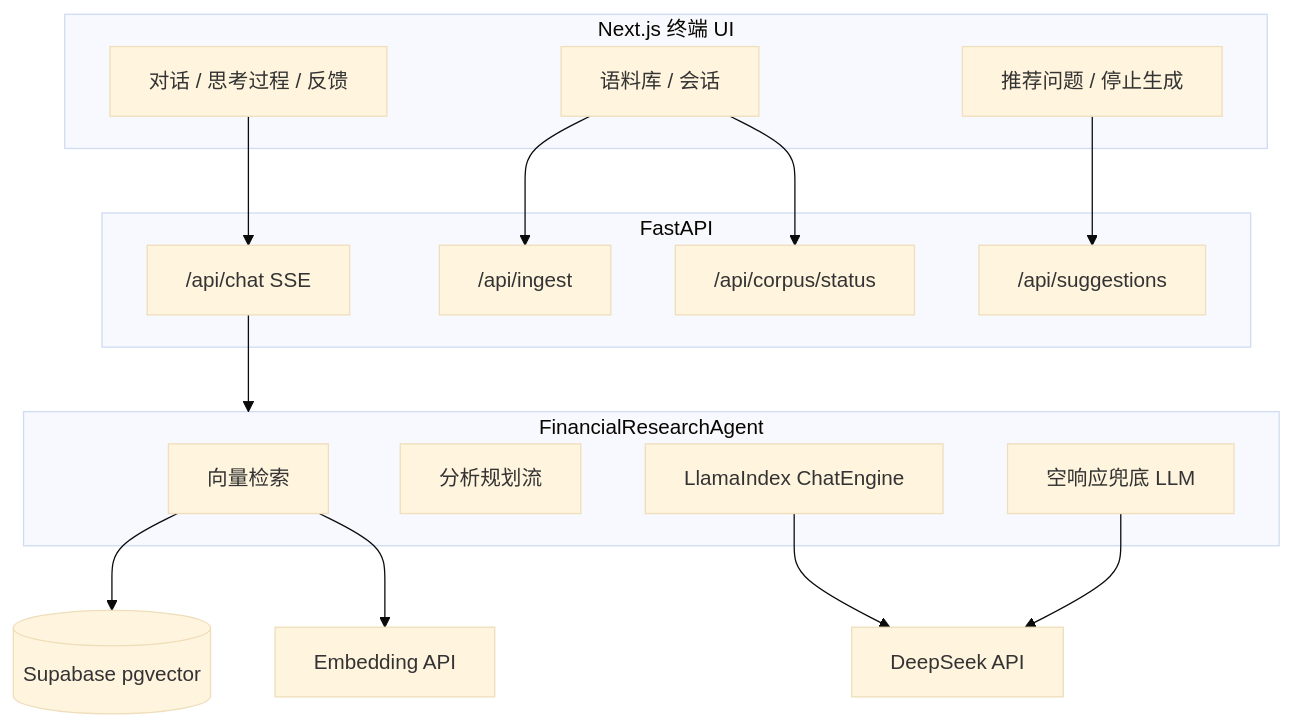
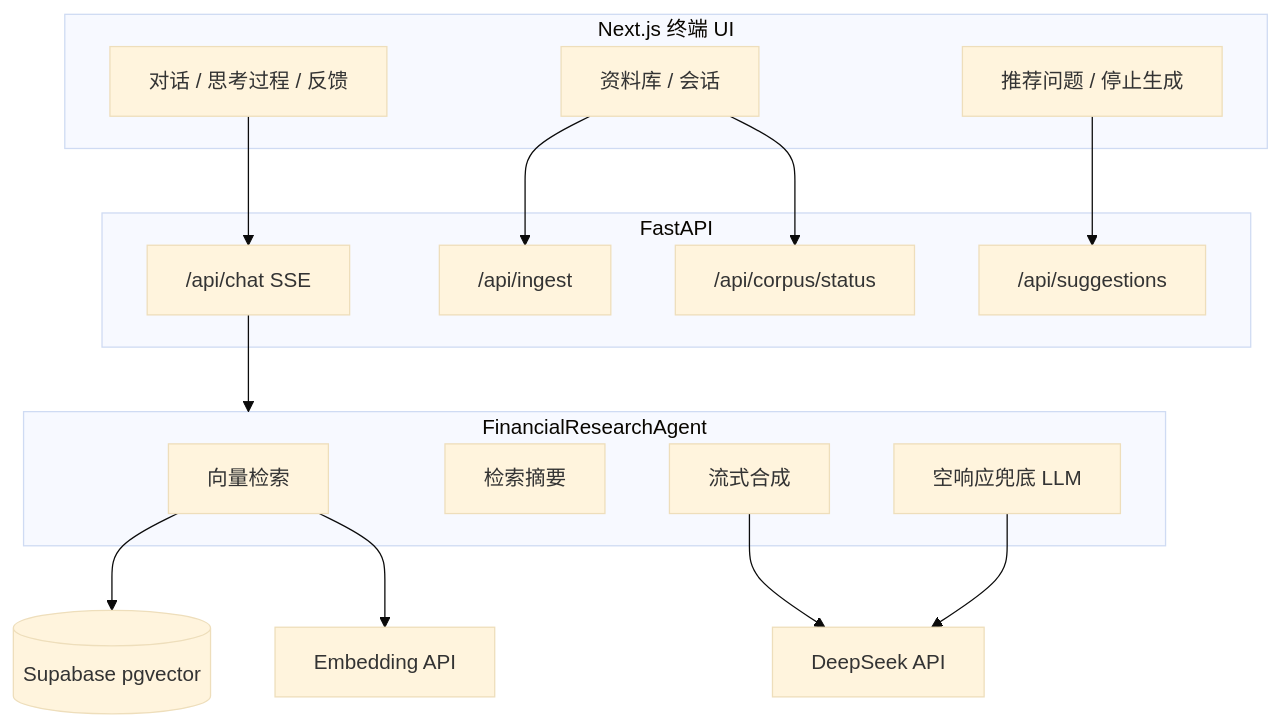
One commit to FrontEnd-Liang/Finsight-dashboard changed the diagram in README.md. Above: the diagram before and after it, drawn with Mermaid (base theme). The commit also changed other lines of this file and 12 other files, not shown here.

````diff
--- a/README.md
+++ b/README.md
@@ -23,32 +23,32 @@
 ```mermaid
 flowchart TB
   subgraph Frontend["Next.js 终端 UI"]
     Chat[对话 / 思考过程 / 反馈]
-    Side[语料库 / 会话]
+    Side[资料库 / 会话]
     Input[推荐问题 / 停止生成]
   end
 
   subgraph API["FastAPI"]
     ChatAPI["/api/chat SSE"]
     Ingest["/api/ingest"]
     Suggest["/api/suggestions"]
     Status["/api/corpus/status"]
   end
 
   subgraph Agent["FinancialResearchAgent"]
     Retrieve[向量检索]
-    Think[分析规划流]
-    RAG[LlamaIndex ChatEngine]
+    Think[检索摘要]
+    Answer[流式合成]
     Fallback[空响应兜底 LLM]
   end
 
   Chat --> ChatAPI
   Side --> Ingest
   Side --> Status
   Input --> Suggest
   ChatAPI --> Agent
   Retrieve --> VS[(Supabase pgvector)]
-  RAG --> LLM[DeepSeek API]
+  Answer --> LLM[DeepSeek API]
   Fallback --> LLM
   Retrieve --> Embed[Embedding API]
 ```
````
